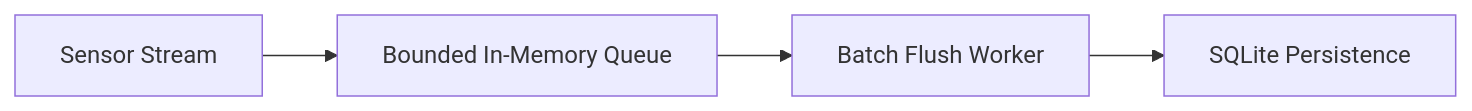
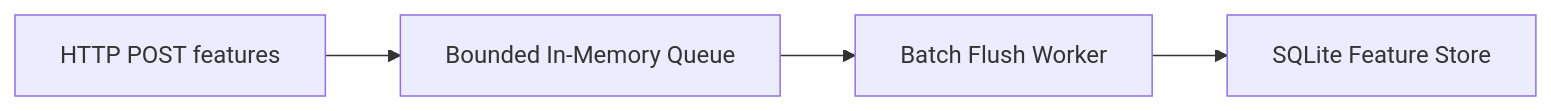
The sixth of 14 diagrams in content/en/projects/edge-ai-platform-ppt169/index.md (jiejiefu/blog), drawn with Mermaid before and after one commit. The commit also changed other lines of this file and 4 other files, not shown here.

````diff
--- a/content/en/projects/edge-ai-platform-ppt169/index.md
+++ b/content/en/projects/edge-ai-platform-ppt169/index.md
@@ -186,6 +195,6 @@
 ```mermaid
 flowchart LR
-    A["Sensor Stream"] --> B["Bounded In-Memory Queue"]
+    A["HTTP POST features"] --> B["Bounded In-Memory Queue"]
     B --> C["Batch Flush Worker"]
-    C --> D["SQLite Persistence"]
+    C --> D["SQLite Feature Store"]
 ```
````
